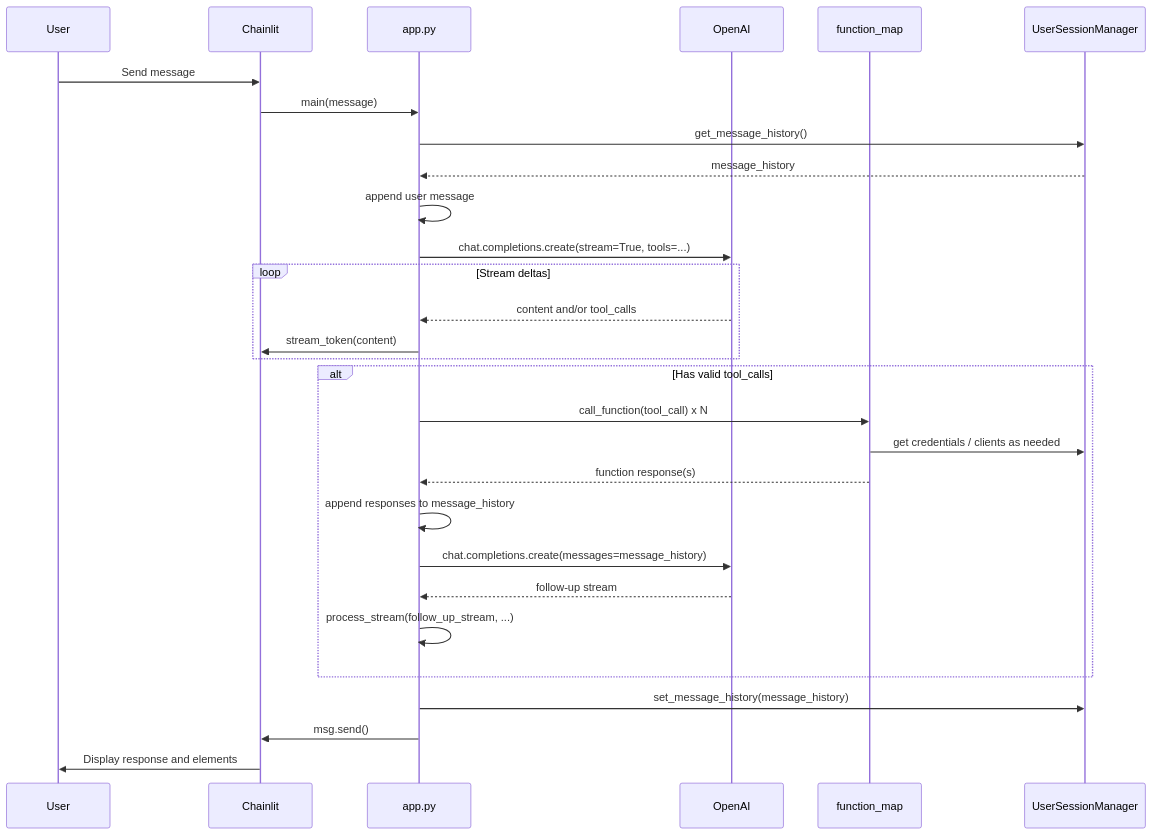
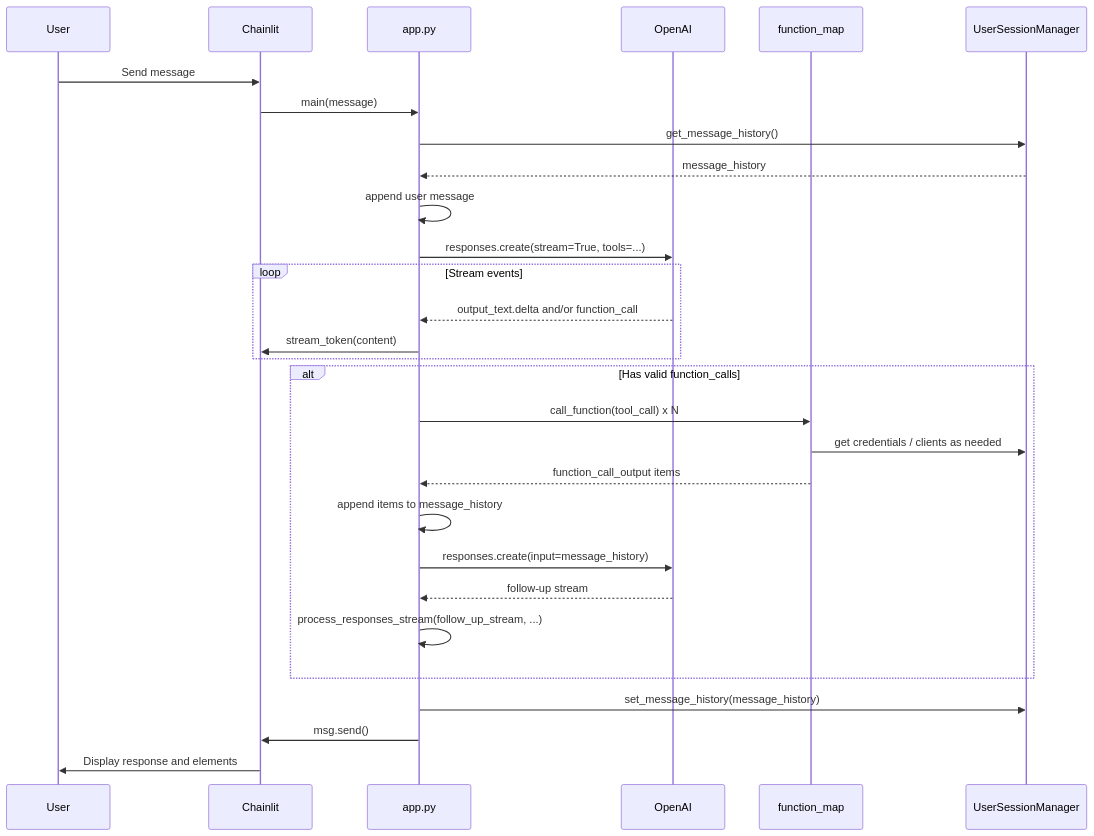
One commit to giorgosfatouros/humaine-swarm changed the diagram in docs/developers/02-app-flow.md. Above: the diagram before and after it, drawn with Mermaid. The commit also changed other lines of this file and 7 other files, not shown here.

First line of the commit message:
feat(api): migrate to OpenAI Responses API for gpt-5.6-luna

````diff
--- a/docs/developers/02-app-flow.md
+++ b/docs/developers/02-app-flow.md
@@ -33,32 +34,32 @@
 ```mermaid
 sequenceDiagram
     participant User
     participant Chainlit
     participant app_py as app.py
     participant OpenAI
     participant function_map as function_map
     participant Session as UserSessionManager
 
     User->>Chainlit: Send message
     Chainlit->>app_py: main(message)
     app_py->>Session: get_message_history()
     Session-->>app_py: message_history
     app_py->>app_py: append user message
-    app_py->>OpenAI: chat.completions.create(stream=True, tools=...)
-    loop Stream deltas
-        OpenAI-->>app_py: content and/or tool_calls
+    app_py->>OpenAI: responses.create(stream=True, tools=...)
+    loop Stream events
+        OpenAI-->>app_py: output_text.delta and/or function_call
         app_py->>Chainlit: stream_token(content)
     end
-    alt Has valid tool_calls
+    alt Has valid function_calls
         app_py->>function_map: call_function(tool_call) x N
         function_map->>Session: get credentials / clients as needed
-        function_map-->>app_py: function response(s)
-        app_py->>app_py: append responses to message_history
-        app_py->>OpenAI: chat.completions.create(messages=message_history)
+        function_map-->>app_py: function_call_output items
+        app_py->>app_py: append items to message_history
+        app_py->>OpenAI: responses.create(input=message_history)
         OpenAI-->>app_py: follow-up stream
-        app_py->>app_py: process_stream(follow_up_stream, ...)
+        app_py->>app_py: process_responses_stream(follow_up_stream, ...)
     end
     app_py->>Session: set_message_history(message_history)
     app_py->>Chainlit: msg.send()
     Chainlit->>User: Display response and elements
 ```
````
